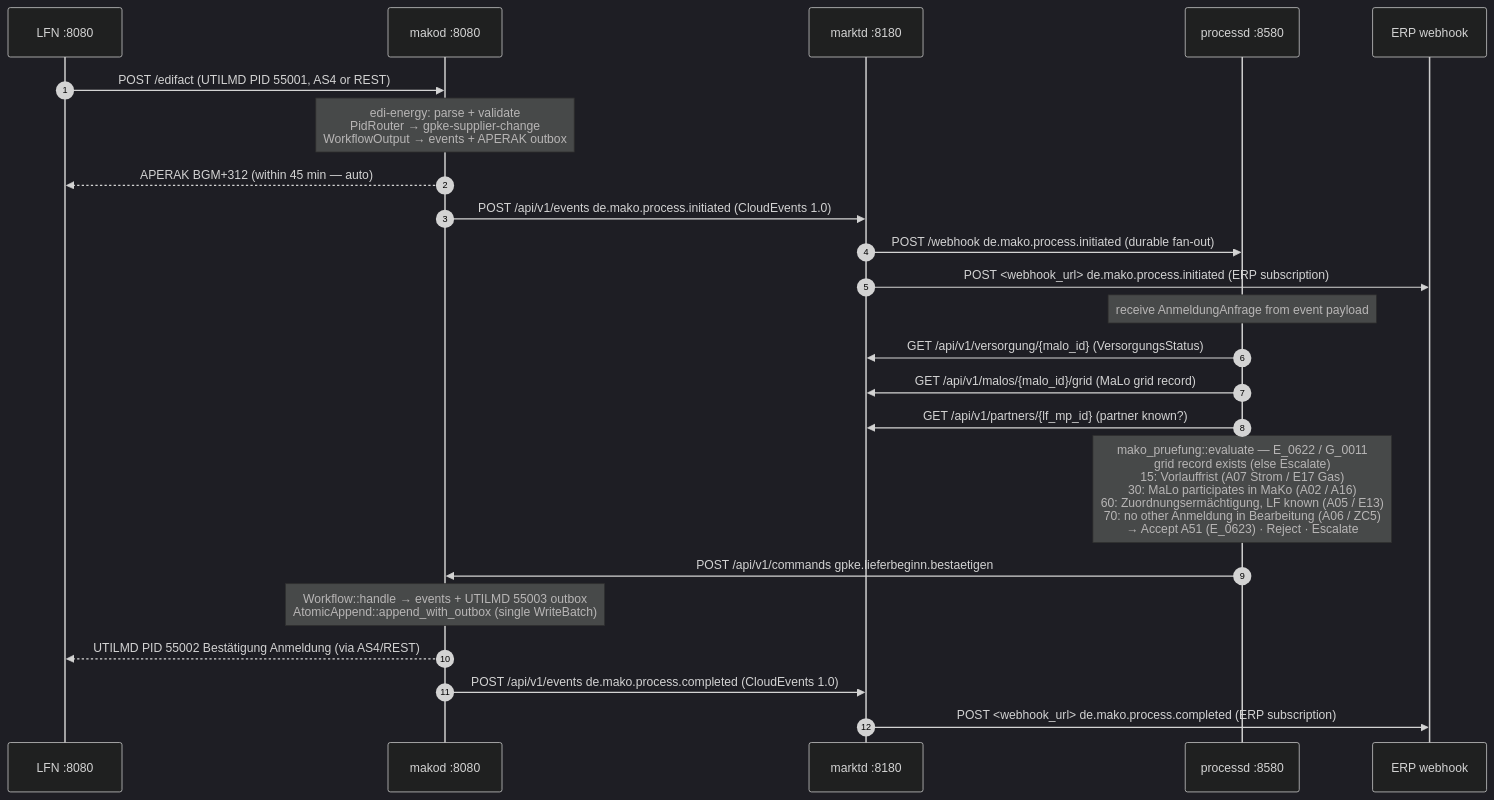
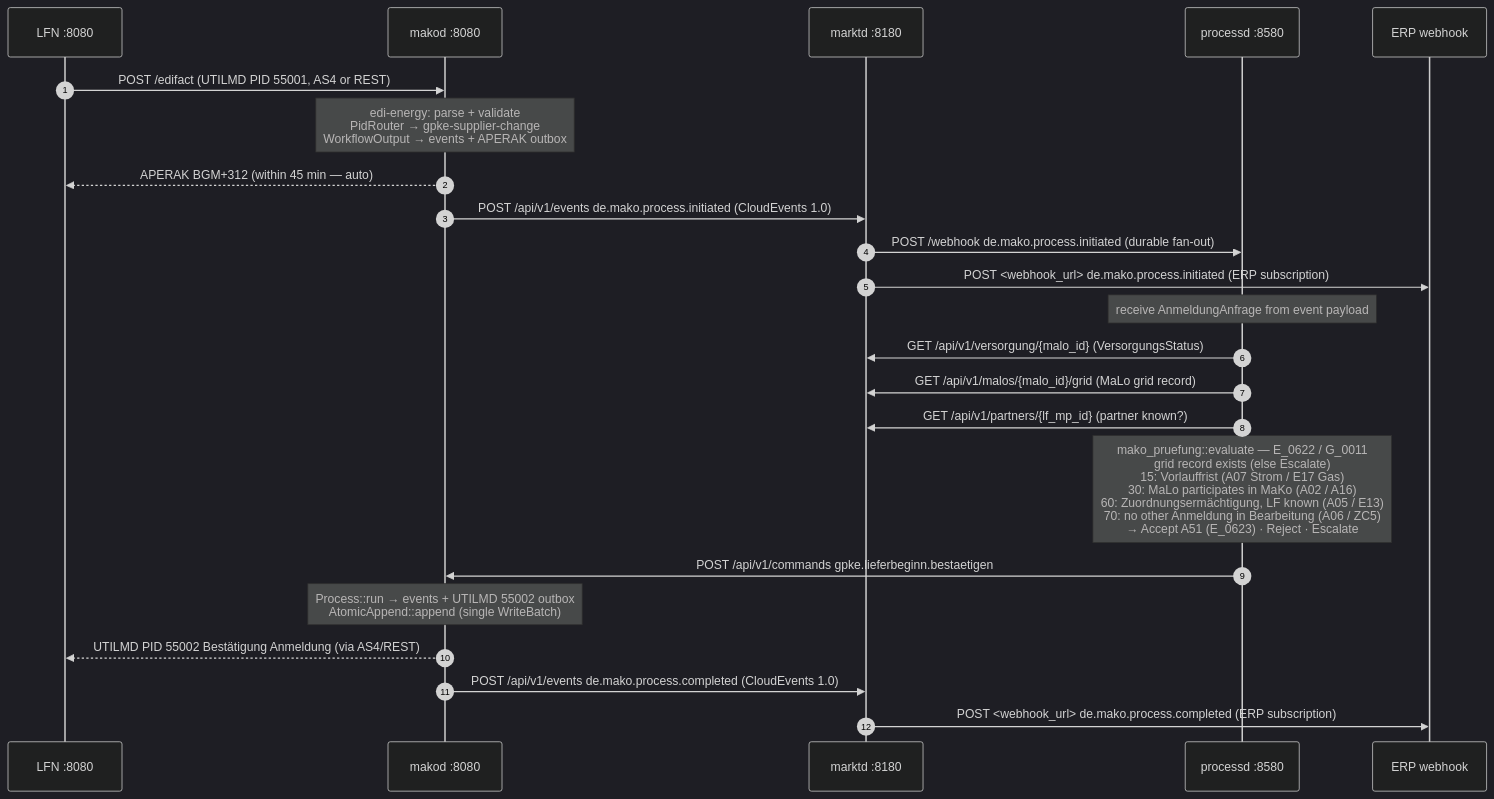
Before and after one commit to hupe1980/mako: the fifth of 5 diagrams in site/content/docs/architecture/_index.md, drawn with Mermaid (dark theme). The commit also changed other lines of this file and 1091 other files, not shown here.

````diff
--- a/site/content/docs/architecture/_index.md
+++ b/site/content/docs/architecture/_index.md
@@ -767,27 +427,27 @@
 ```mermaid
 sequenceDiagram
     autonumber
     participant LF as LFN :8080
     participant makod as makod :8080
     participant marktd as marktd :8180
     participant processd as processd :8580
     participant erp as ERP webhook
 
     LF->>makod: POST /edifact  (UTILMD PID 55001, AS4 or REST)
     Note over makod: edi-energy: parse + validate<br/>PidRouter → gpke-supplier-change<br/>WorkflowOutput → events + APERAK outbox
     makod-->>LF: APERAK BGM+312 (within 45 min — auto)
     makod->>marktd: POST /api/v1/events  de.mako.process.initiated  (CloudEvents 1.0)
     marktd->>processd: POST /webhook  de.mako.process.initiated  (durable fan-out)
     marktd->>erp: POST <webhook_url>  de.mako.process.initiated  (ERP subscription)
 
     Note over processd: receive AnmeldungAnfrage from event payload
     processd->>marktd: GET /api/v1/versorgung/{malo_id}  (VersorgungsStatus)
     processd->>marktd: GET /api/v1/malos/{malo_id}/grid  (MaLo grid record)
     processd->>marktd: GET /api/v1/partners/{lf_mp_id}  (partner known?)
     Note over processd: mako_pruefung::evaluate — E_0622 / G_0011<br/>grid record exists (else Escalate)<br/>15: Vorlauffrist (A07 Strom / E17 Gas)<br/>30: MaLo participates in MaKo (A02 / A16)<br/>60: Zuordnungsermächtigung, LF known (A05 / E13)<br/>70: no other Anmeldung in Bearbeitung (A06 / ZC5)<br/>→ Accept A51 (E_0623) · Reject · Escalate
     processd->>makod: POST /api/v1/commands  gpke.lieferbeginn.bestaetigen
-    Note over makod: Workflow::handle → events + UTILMD 55003 outbox<br/>AtomicAppend::append_with_outbox (single WriteBatch)
+    Note over makod: Process::run → events + UTILMD 55002 outbox<br/>AtomicAppend::append (single WriteBatch)
     makod-->>LF: UTILMD PID 55002 Bestätigung Anmeldung (via AS4/REST)
     makod->>marktd: POST /api/v1/events  de.mako.process.completed  (CloudEvents 1.0)
     marktd->>erp: POST <webhook_url>  de.mako.process.completed  (ERP subscription)
 ```
````
